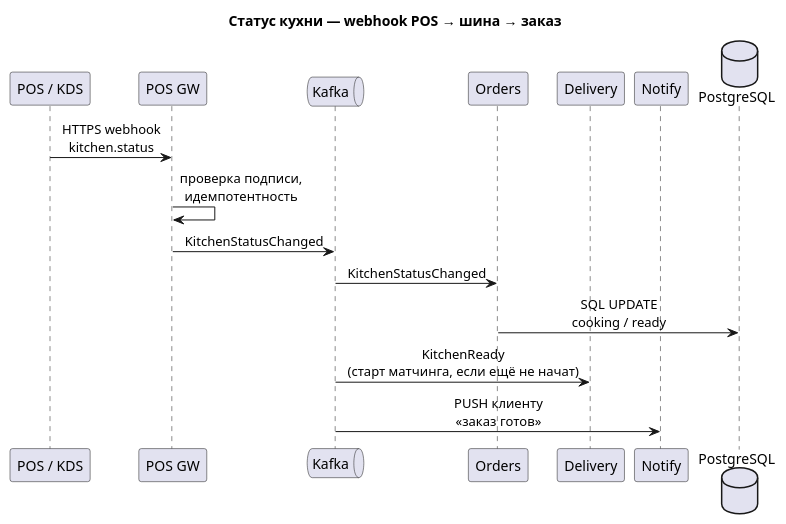
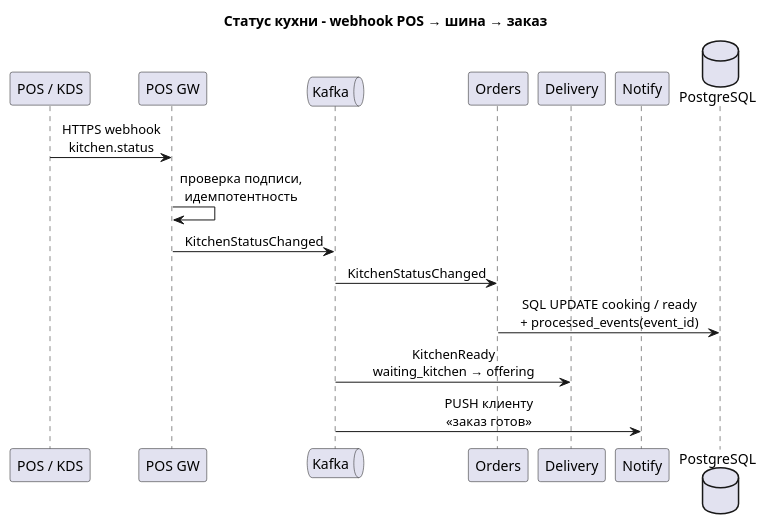
The diagram in hw_02/solution/diagrams/sequence-kitchen-webhook.puml (Gomozov/otus-systemdesign-homework), drawn with PlantUML before and after one commit. The commit also changed 5 other files, not shown here.

```diff
--- a/hw_02/solution/diagrams/sequence-kitchen-webhook.puml
+++ b/hw_02/solution/diagrams/sequence-kitchen-webhook.puml
@@ -1,21 +1,21 @@
 @startuml sequence-kitchen-webhook
-title Статус кухни — webhook POS → шина → заказ
+title Статус кухни - webhook POS → шина → заказ
 skinparam sequenceMessageAlign center
 
 participant "POS / KDS" as POS
 participant "POS GW" as GW
 queue "Kafka" as KF
 participant "Orders" as ORD
 participant "Delivery" as DEL
 participant "Notify" as NTF
 database "PostgreSQL" as PG
 
 POS -> GW: HTTPS webhook\nkitchen.status
 GW -> GW: проверка подписи,\nидемпотентность
 GW -> KF: KitchenStatusChanged
 KF -> ORD: KitchenStatusChanged
-ORD -> PG: SQL UPDATE\ncooking / ready
-KF -> DEL: KitchenReady\n(старт матчинга, если ещё не начат)
+ORD -> PG: SQL UPDATE cooking / ready\n+ processed_events(event_id)
+KF -> DEL: KitchenReady\nwaiting_kitchen → offering
 KF -> NTF: PUSH клиенту\n«заказ готов»
 
 @enduml
```
